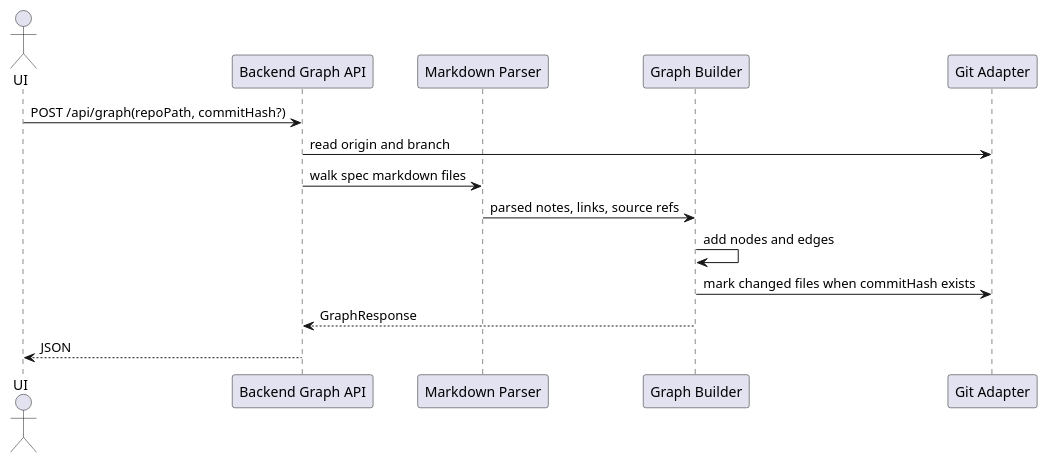
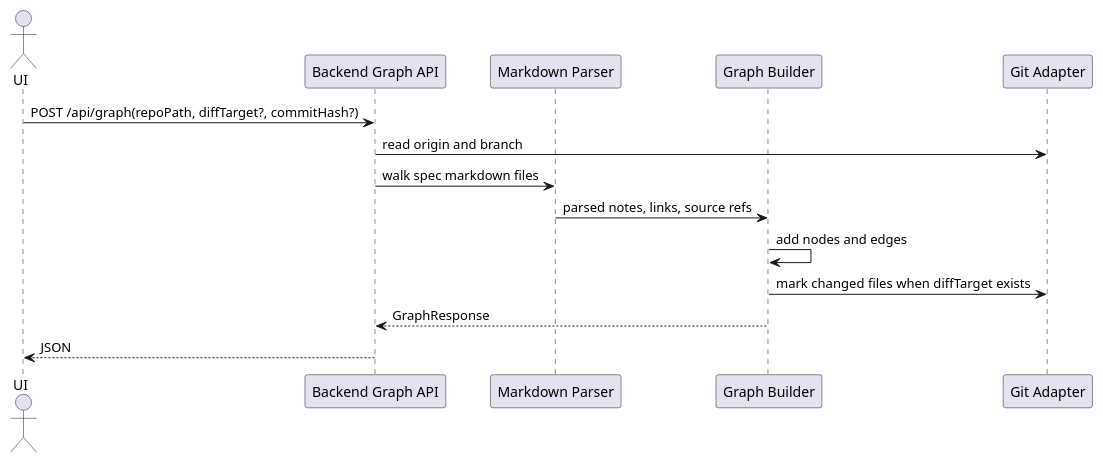
One commit to apoorvkul/HilBridge changed the diagram in spec/flows/Parse_Spec_Directory.md. Above: the diagram before and after it, drawn with PlantUML. The commit also changed other lines of this file and 35 other files, not shown here.

````diff
--- a/spec/flows/Parse_Spec_Directory.md
+++ b/spec/flows/Parse_Spec_Directory.md
@@ -5,18 +5,18 @@
 ```plantuml
 @startuml
 actor UI
 participant "Backend Graph API" as API
 participant "Markdown Parser" as Parser
 participant "Graph Builder" as Builder
 participant "Git Adapter" as Git
 
-UI -> API: POST /api/graph(repoPath, commitHash?)
+UI -> API: POST /api/graph(repoPath, diffTarget?, commitHash?)
 API -> Git: read origin and branch
 API -> Parser: walk spec markdown files
 Parser -> Builder: parsed notes, links, source refs
 Builder -> Builder: add nodes and edges
-Builder -> Git: mark changed files when commitHash exists
+Builder -> Git: mark changed files when diffTarget exists
 Builder --> API: GraphResponse
 API --> UI: JSON
 @enduml
 ```
````
